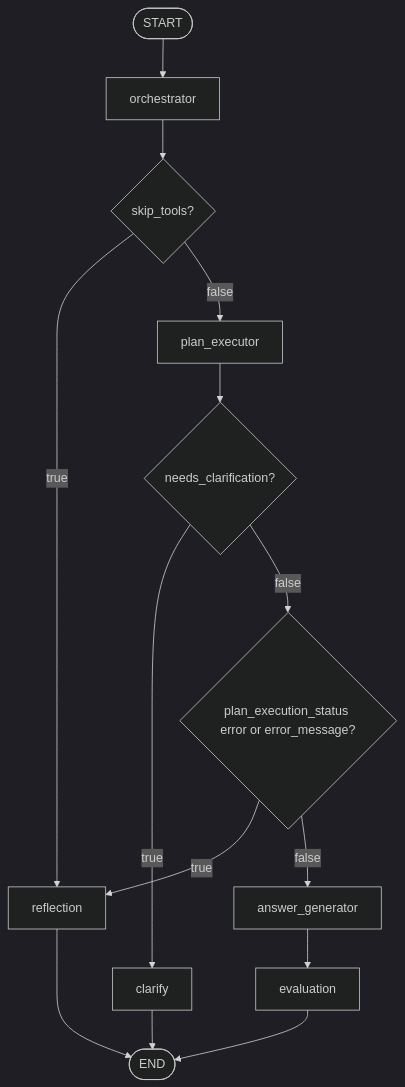
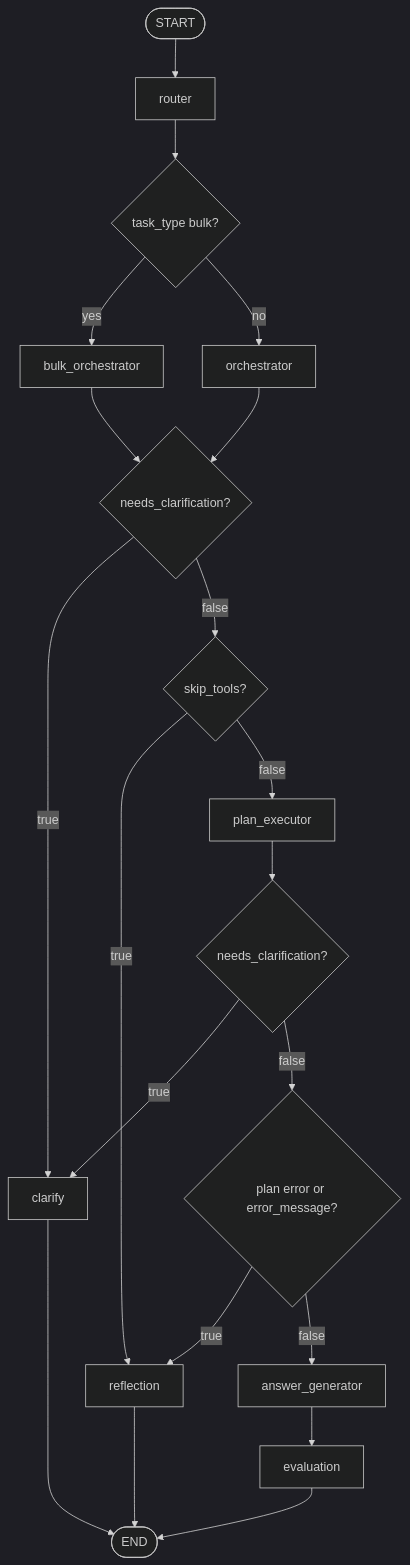
The diagram in docs/02_node_flows_and_routing.md (raffelprama/trello-agent), drawn with Mermaid (dark theme) before and after one commit. The commit also changed other lines of this file and 7 other files, not shown here.

````diff
--- a/docs/02_node_flows_and_routing.md
+++ b/docs/02_node_flows_and_routing.md
@@ -65,16 +85,22 @@
 ```mermaid
 flowchart TD
-    Start([START]) --> Orch[orchestrator]
-    Orch --> ODec{skip_tools?}
-    ODec -->|true| Refl[reflection]
-    ODec -->|false| PE[plan_executor]
+    Start([START]) --> Router[router]
+    Router --> TF{task_type bulk?}
+    TF -->|yes| BulkO[bulk_orchestrator]
+    TF -->|no| Orch[orchestrator]
+    BulkO --> ODec{needs_clarification?}
+    Orch --> ODec
+    ODec -->|true| Clar[clarify]
+    ODec -->|false| OSkip{skip_tools?}
+    OSkip -->|true| Refl[reflection]
+    OSkip -->|false| PE[plan_executor]
     PE --> PDec{needs_clarification?}
-    PDec -->|true| Clar[clarify]
-    PDec -->|false| PErr{plan_execution_status error or error_message?}
+    PDec -->|true| Clar
+    PDec -->|false| PErr{plan error or error_message?}
     PErr -->|true| Refl
     PErr -->|false| Ans[answer_generator]
     Ans --> Eval[evaluation]
     Eval --> EndNode([END])
     Refl --> EndNode
     Clar --> EndNode
 ```
````
